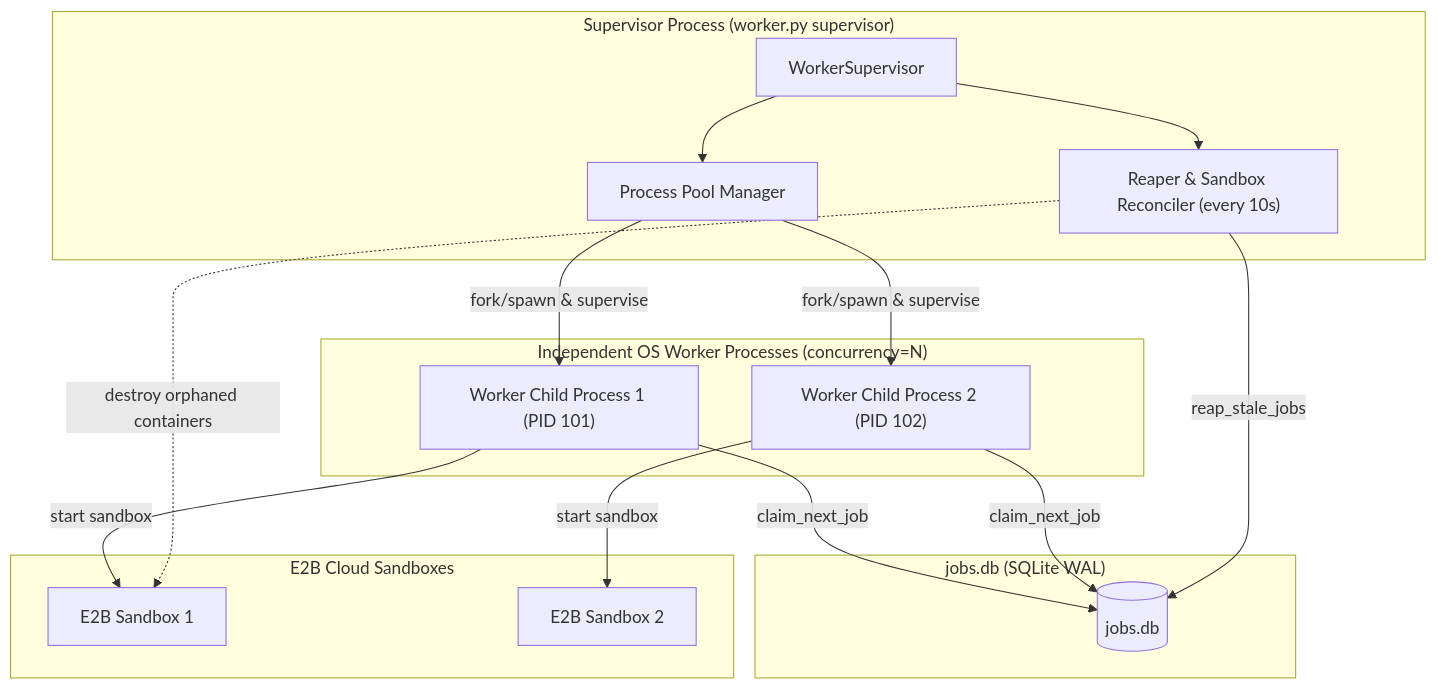
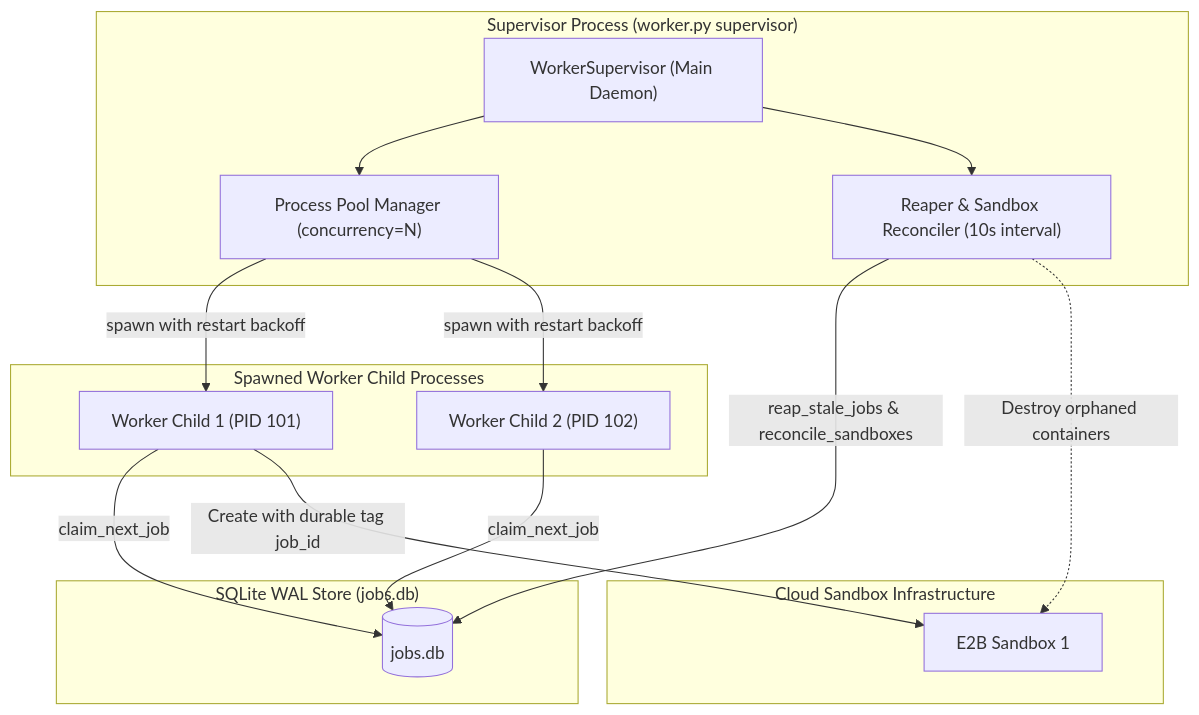
One commit to laxjovial/ai-cloud-workspace changed the first of 2 diagrams in docs/phase_b2_worker_architecture_plan.md. Above: the diagram before and after it, drawn with Mermaid. The commit also changed other lines of this file, not shown here.

Commit message:
docs: finalize Phase B.2 worker specification revision 2.0 with hardened contracts

````diff
--- a/docs/phase_b2_worker_architecture_plan.md
+++ b/docs/phase_b2_worker_architecture_plan.md
@@ -13,29 +13,28 @@
 ```mermaid
 flowchart TD
-    subgraph SupervisorProcess ["Supervisor Process (worker.py supervisor)"]
-        SP["WorkerSupervisor"]
-        PM["Process Pool Manager"]
-        RP["Reaper & Sandbox Reconciler (every 10s)"]
+    subgraph Host ["Supervisor Process (worker.py supervisor)"]
+        SP["WorkerSupervisor (Main Daemon)"]
+        PM["Process Pool Manager (concurrency=N)"]
+        RC["Reaper & Sandbox Reconciler (10s interval)"]
         SP --> PM
-        SP --> RP
+        SP --> RC
     end
 
-    subgraph WorkerPool ["Independent OS Worker Processes (concurrency=N)"]
-        W1["Worker Child Process 1 (PID 101)"]
-        W2["Worker Child Process 2 (PID 102)"]
-        PM -->|fork/spawn & supervise| W1
-        PM -->|fork/spawn & supervise| W2
+    subgraph Workers ["Spawned Worker Child Processes"]
+        W1["Worker Child 1 (PID 101)"]
+        W2["Worker Child 2 (PID 102)"]
+        PM -->|spawn with restart backoff| W1
+        PM -->|spawn with restart backoff| W2
     end
 
-    subgraph Database ["jobs.db (SQLite WAL)"]
+    subgraph Store ["SQLite WAL Store (jobs.db)"]
         W1 -->|claim_next_job| DB[(jobs.db)]
         W2 -->|claim_next_job| DB
-        RP -->|reap_stale_jobs| DB
+        RC -->|reap_stale_jobs & reconcile_sandboxes| DB
     end
 
-    subgraph Sandboxes ["E2B Cloud Sandboxes"]
-        W1 -->|start sandbox| SB1["E2B Sandbox 1"]
-        W2 -->|start sandbox| SB2["E2B Sandbox 2"]
-        RP -.->|destroy orphaned containers| SB1
+    subgraph E2B ["Cloud Sandbox Infrastructure"]
+        W1 -->|Create with durable tag job_id| SB1["E2B Sandbox 1"]
+        RC -.->|Destroy orphaned containers| SB1
     end
 ```
````
